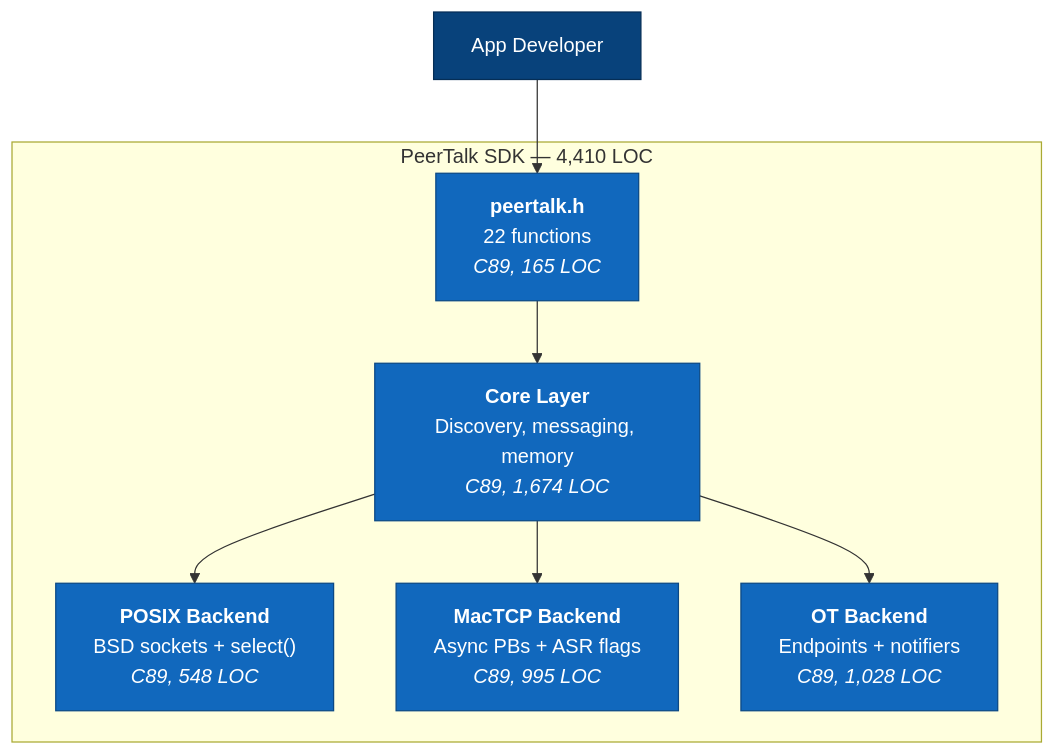
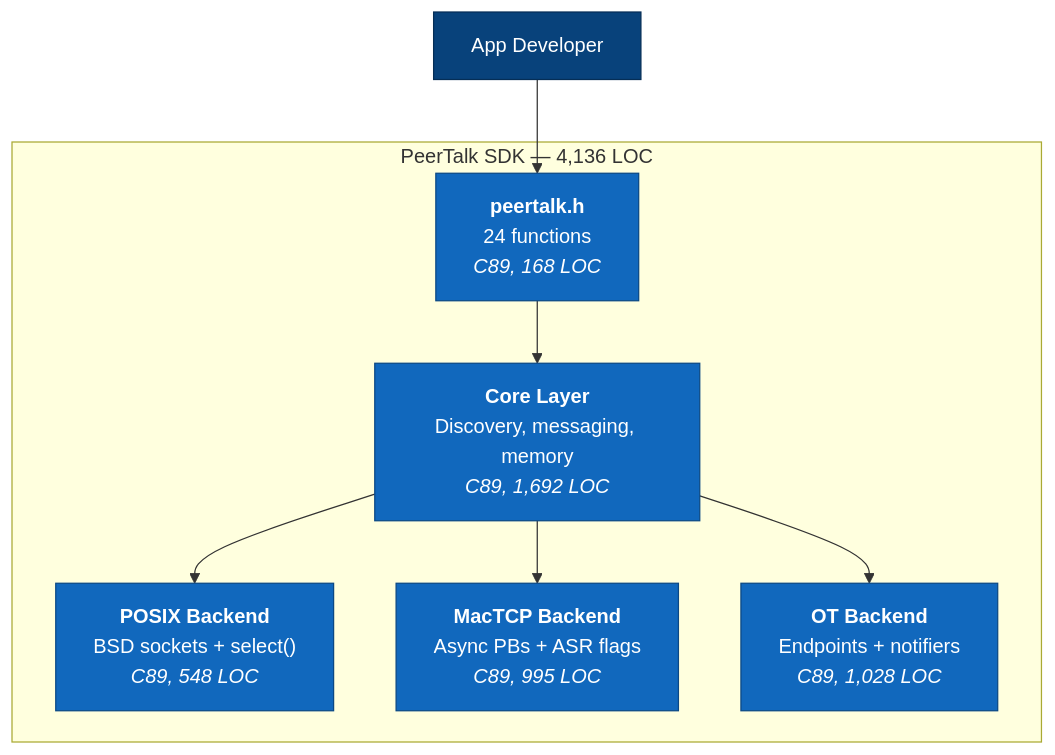
Before and after one commit to matthewdeaves/peertalk: the second of 12 diagrams in ARCHITECTURE.md, drawn with Mermaid. The commit also changed other lines of this file and 6 other files, not shown here.

````diff
--- a/ARCHITECTURE.md
+++ b/ARCHITECTURE.md
@@ -26,25 +26,25 @@
 ```mermaid
 graph TB
     Dev["App Developer"]
 
-    subgraph SDK ["PeerTalk SDK — 4,410 LOC"]
-        API["<b>peertalk.h</b><br/>22 functions<br/><i>C89, 165 LOC</i>"]
-        Core["<b>Core Layer</b><br/>Discovery, messaging, memory<br/><i>C89, 1,674 LOC</i>"]
+    subgraph SDK ["PeerTalk SDK — 4,136 LOC"]
+        API["<b>peertalk.h</b><br/>24 functions<br/><i>C89, 168 LOC</i>"]
+        Core["<b>Core Layer</b><br/>Discovery, messaging, memory<br/><i>C89, 1,692 LOC</i>"]
         POSIX["<b>POSIX Backend</b><br/>BSD sockets + select()<br/><i>C89, 548 LOC</i>"]
         MacTCP["<b>MacTCP Backend</b><br/>Async PBs + ASR flags<br/><i>C89, 995 LOC</i>"]
         OT["<b>OT Backend</b><br/>Endpoints + notifiers<br/><i>C89, 1,028 LOC</i>"]
     end
 
     Dev --> API
     API --> Core
     Core --> POSIX
     Core --> MacTCP
     Core --> OT
 
     style Dev fill:#08427b,stroke:#052e56,color:#fff
     style API fill:#1168bd,stroke:#0b4884,color:#fff
     style Core fill:#1168bd,stroke:#0b4884,color:#fff
     style POSIX fill:#1168bd,stroke:#0b4884,color:#fff
     style MacTCP fill:#1168bd,stroke:#0b4884,color:#fff
     style OT fill:#1168bd,stroke:#0b4884,color:#fff
 ```
````
